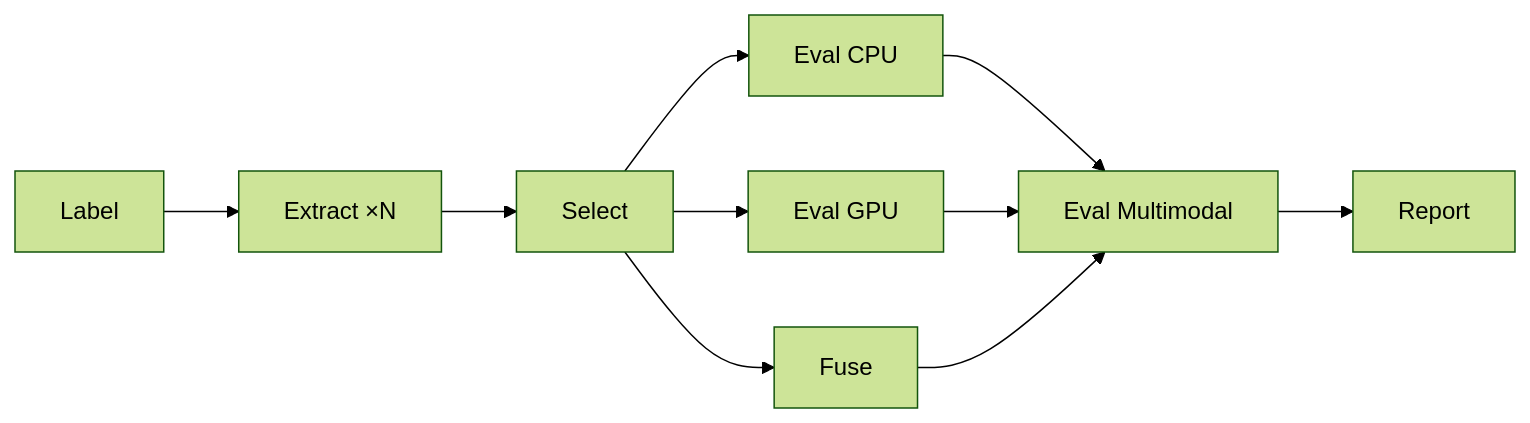
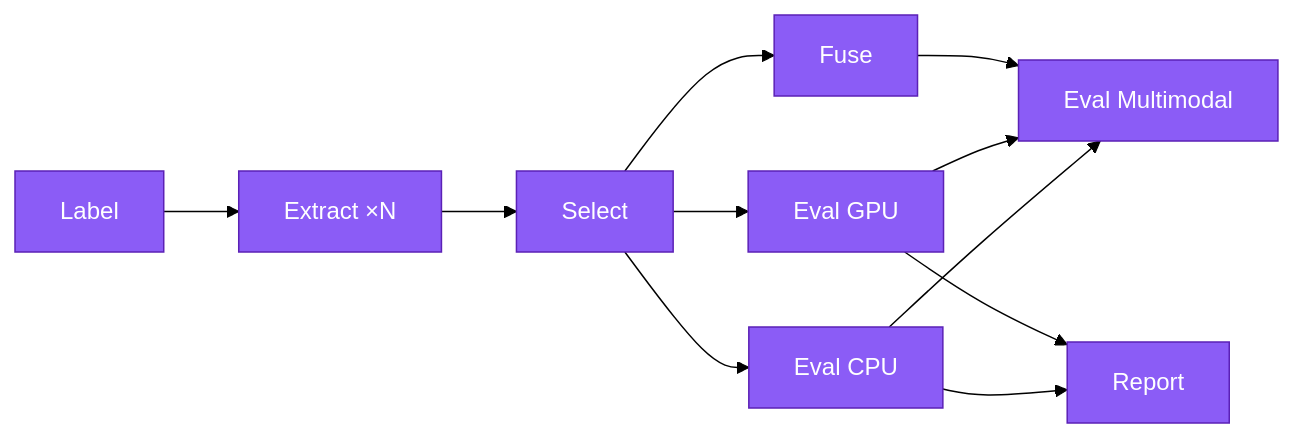
One commit to msk-access/kreview changed the diagram in docs/developer/pipeline-architecture.md. Above: the diagram before and after it, drawn with Mermaid (forest theme). The commit also changed other lines of this file and 10 other files, not shown here.

````diff
--- a/docs/developer/pipeline-architecture.md
+++ b/docs/developer/pipeline-architecture.md
@@ -11,12 +11,14 @@
 ```mermaid
 graph LR
-    A[Label] --> B["Extract ×N"]
-    B --> C[Select]
-    C --> D["Eval CPU"]
-    C --> E["Eval GPU"]
-    C --> F[Fuse]
-    D --> G["Eval Multimodal"]
+    classDef step fill:#8b5cf6,stroke:#5b21b6,color:#fff;
+    A["Label"]:::step --> B["Extract ×N"]:::step
+    B --> C[Select]:::step
+    C --> D["Eval CPU"]:::step
+    C --> E["Eval GPU"]:::step
+    C --> F[Fuse]:::step
+    D --> G["Eval Multimodal"]:::step
     E --> G
     F --> G
-    G --> H[Report]
+    D --> H[Report]:::step
+    E --> H
 ```
````
